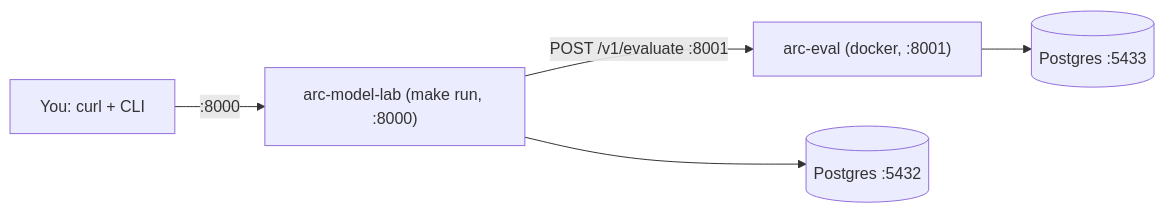
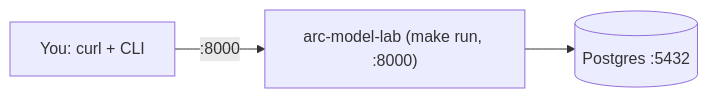
Before and after one commit to DimitarAtanassov/arc-model-lab: the diagram in docs/end-to-end-testing.md, drawn with Mermaid. The commit also changed other lines of this file and 3 other files, not shown here.

````diff
--- a/docs/end-to-end-testing.md
+++ b/docs/end-to-end-testing.md
@@ -20,7 +14,5 @@
 ```mermaid
 flowchart LR
     You[You: curl + CLI] -->|":8000"| ML["arc-model-lab (make run, :8000)"]
-    ML -->|"POST /v1/evaluate :8001"| EV["arc-eval (docker, :8001)"]
-    ML --> PG1[("Postgres :5432")]
-    EV --> PG2[("Postgres :5433")]
+    ML --> PG[("Postgres :5432")]
 ```
````
